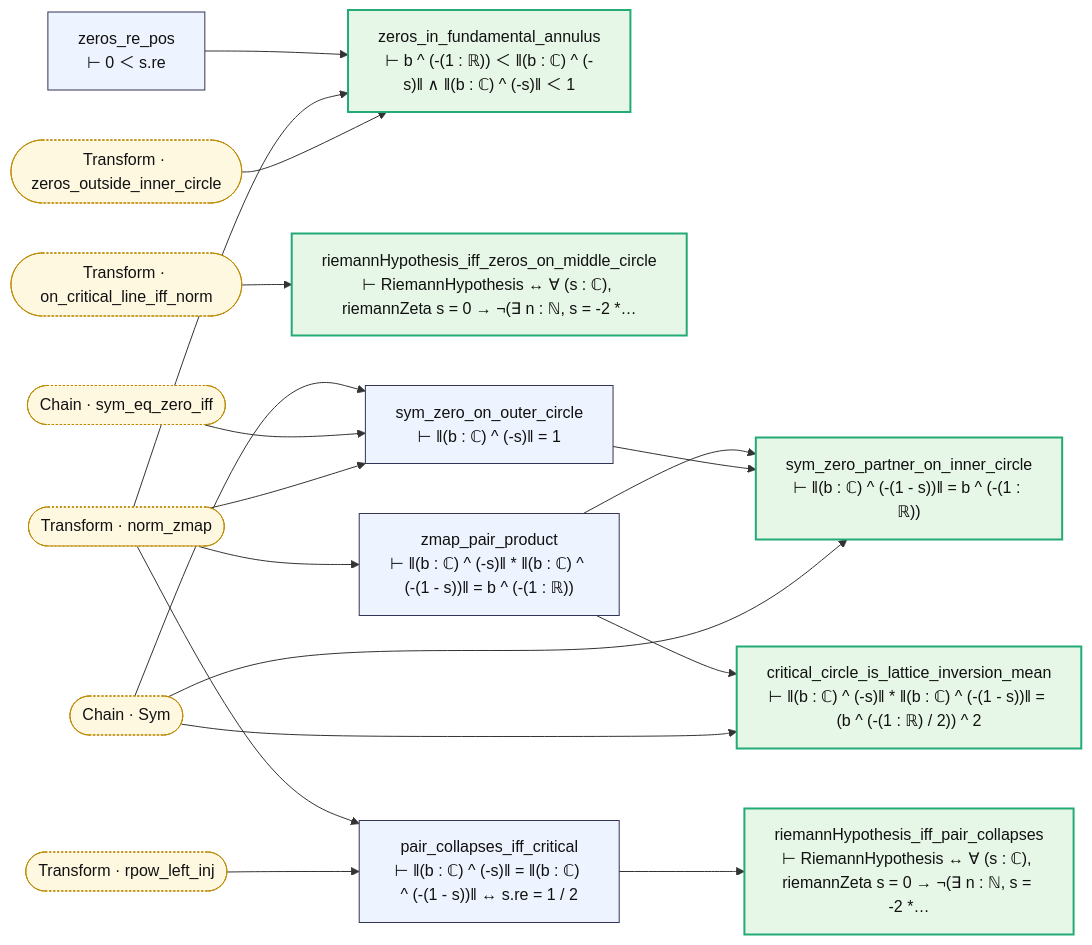
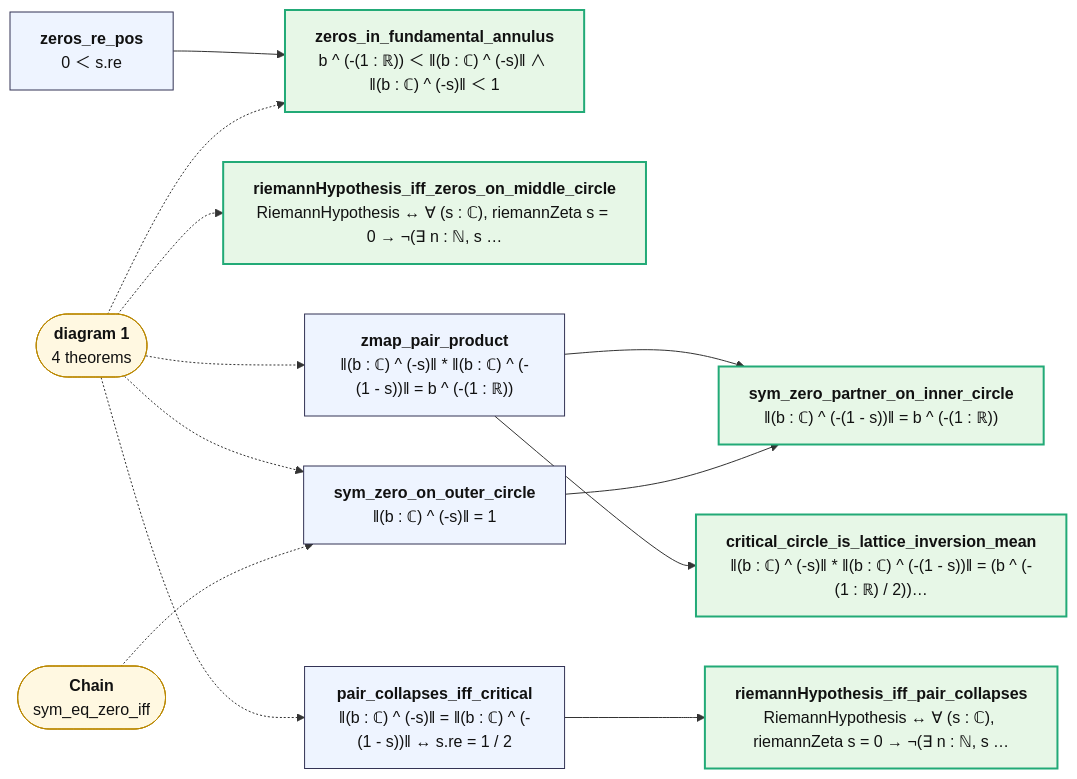
Before and after one commit to juliansambranojr/Primebeat_081426: the second of 2 diagrams in map/lean/Transform.md, drawn with Mermaid. The commit also changed other lines of this file and 387 other files, not shown here.

````diff
--- a/map/lean/Transform.md
+++ b/map/lean/Transform.md
@@ -112,40 +80,30 @@
 ```mermaid
 flowchart LR
-  n0["zeros_re_pos<br/>⊢ 0 ＜ s.re"]:::thm
-  n1["zeros_in_fundamental_annulus<br/>⊢ b ^ (-(1 : ℝ)) ＜ ‖(b : ℂ) ^ (-s)‖ ∧ ‖(b : ℂ) ^ (-s)‖ ＜ 1"]:::end_
-  n2["riemannHypothesis_iff_zeros_on_middle_circle<br/>⊢ RiemannHypothesis ↔ ∀ (s : ℂ), riemannZeta s = 0 → ¬(∃ n : ℕ, s = -2 *…"]:::end_
-  n3["zmap_pair_product<br/>⊢ ‖(b : ℂ) ^ (-s)‖ * ‖(b : ℂ) ^ (-(1 - s))‖ = b ^ (-(1 : ℝ))"]:::thm
-  n4["pair_collapses_iff_critical<br/>⊢ ‖(b : ℂ) ^ (-s)‖ = ‖(b : ℂ) ^ (-(1 - s))‖ ↔ s.re = 1 / 2"]:::thm
-  n5["riemannHypothesis_iff_pair_collapses<br/>⊢ RiemannHypothesis ↔ ∀ (s : ℂ), riemannZeta s = 0 → ¬(∃ n : ℕ, s = -2 *…"]:::end_
-  n6["sym_zero_on_outer_circle<br/>⊢ ‖(b : ℂ) ^ (-s)‖ = 1"]:::thm
-  n7["sym_zero_partner_on_inner_circle<br/>⊢ ‖(b : ℂ) ^ (-(1 - s))‖ = b ^ (-(1 : ℝ))"]:::end_
-  n8["critical_circle_is_lattice_inversion_mean<br/>⊢ ‖(b : ℂ) ^ (-s)‖ * ‖(b : ℂ) ^ (-(1 - s))‖ = (b ^ (-(1 : ℝ) / 2)) ^ 2"]:::end_
-  x0(["Chain · Sym"]):::ext
-  x1(["Chain · sym_eq_zero_iff"]):::ext
-  x2(["Transform · norm_zmap"]):::ext
-  x3(["Transform · on_critical_line_iff_norm"]):::ext
-  x4(["Transform · rpow_left_inj"]):::ext
-  x5(["Transform · zeros_outside_inner_circle"]):::ext
+  n0["<b>zeros_re_pos</b><br/>0 ＜ s.re"]:::thm
+  n1["<b>zeros_in_fundamental_annulus</b><br/>b ^ (-(1 : ℝ)) ＜ ‖(b : ℂ) ^ (-s)‖ ∧ ‖(b : ℂ) ^ (-s)‖ ＜ 1"]:::end_
+  n2["<b>riemannHypothesis_iff_zeros_on_middle_circle</b><br/>RiemannHypothesis ↔ ∀ (s : ℂ), riemannZeta s = 0 → ¬(∃ n : ℕ, s …"]:::end_
+  n3["<b>zmap_pair_product</b><br/>‖(b : ℂ) ^ (-s)‖ * ‖(b : ℂ) ^ (-(1 - s))‖ = b ^ (-(1 : ℝ))"]:::thm
+  n4["<b>pair_collapses_iff_critical</b><br/>‖(b : ℂ) ^ (-s)‖ = ‖(b : ℂ) ^ (-(1 - s))‖ ↔ s.re = 1 / 2"]:::thm
+  n5["<b>riemannHypothesis_iff_pair_collapses</b><br/>RiemannHypothesis ↔ ∀ (s : ℂ), riemannZeta s = 0 → ¬(∃ n : ℕ, s …"]:::end_
+  n6["<b>sym_zero_on_outer_circle</b><br/>‖(b : ℂ) ^ (-s)‖ = 1"]:::thm
+  n7["<b>sym_zero_partner_on_inner_circle</b><br/>‖(b : ℂ) ^ (-(1 - s))‖ = b ^ (-(1 : ℝ))"]:::end_
+  n8["<b>critical_circle_is_lattice_inversion_mean</b><br/>‖(b : ℂ) ^ (-s)‖ * ‖(b : ℂ) ^ (-(1 - s))‖ = (b ^ (-(1 : ℝ) / 2))…"]:::end_
+  x0(["<b>diagram 1</b><br/>4 theorems"]):::ext
+  x1(["<b>Chain</b><br/>sym_eq_zero_iff"]):::ext
   n0 --> n1
   n3 --> n7
   n3 --> n8
   n4 --> n5
   n6 --> n7
-  x0 --> n6
-  x0 --> n7
-  x0 --> n8
-  x1 --> n6
-  x2 --> n1
-  x2 --> n3
-  x2 --> n4
-  x2 --> n6
-  x3 --> n2
-  x4 --> n4
-  x5 --> n1
+  x0 -.-> n1
+  x0 -.-> n2
+  x0 -.-> n3
+  x0 -.-> n4
+  x0 -.-> n6
+  x1 -.-> n6
   classDef thm fill:#eef4ff,stroke:#335,color:#111
-  classDef dfn fill:#f2f2f2,stroke:#777,color:#111
   classDef end_ fill:#e7f7e7,stroke:#2a7,color:#111,stroke-width:2px
   classDef lone fill:#fff,stroke:#999,color:#111,stroke-dasharray:4 3
   classDef bad fill:#ffe5e5,stroke:#c22,color:#111,stroke-width:2px
-  classDef ext fill:#fff8e1,stroke:#b80,color:#111,stroke-dasharray:2 2
+  classDef ext fill:#fff8e1,stroke:#b80,color:#111
 ```
````
